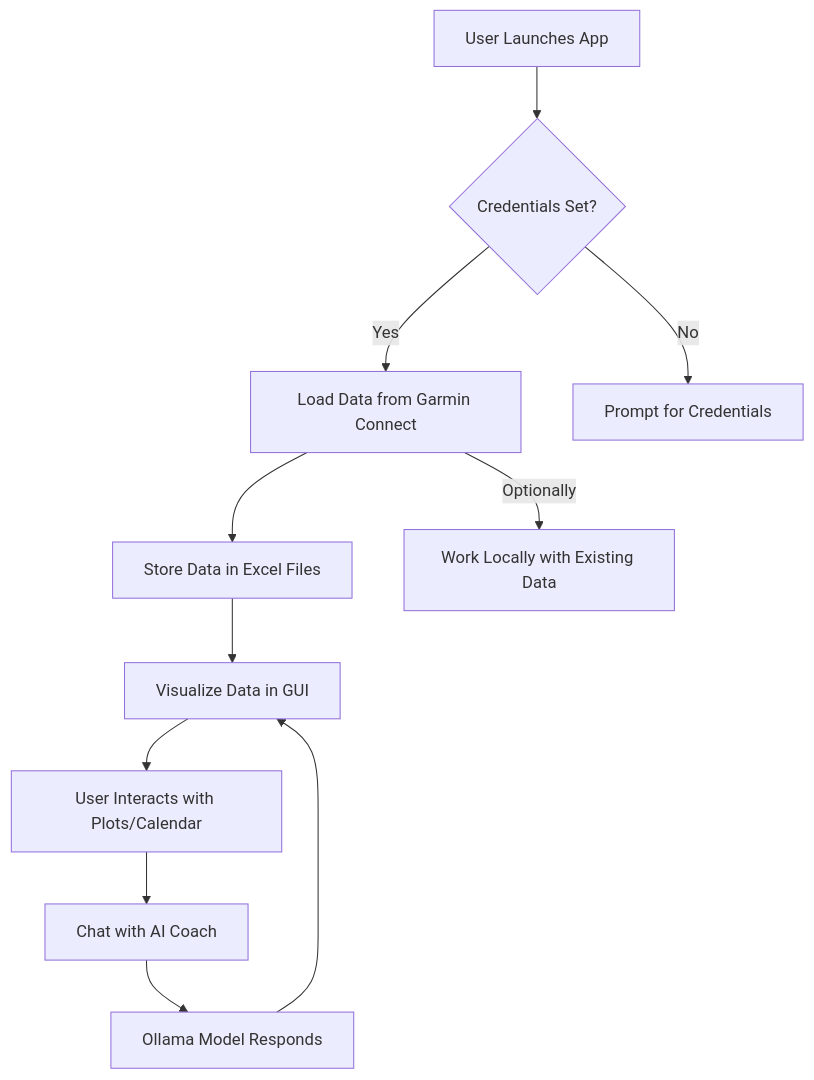
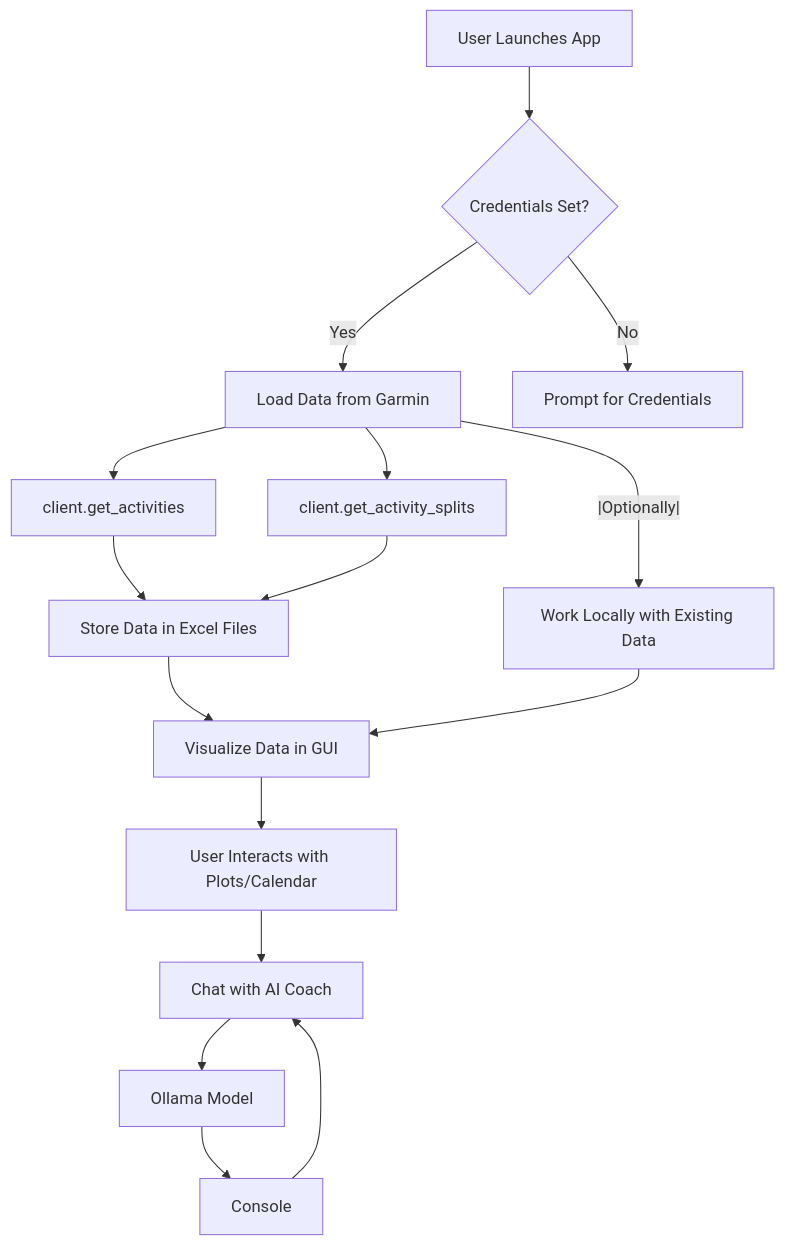
The diagram in readme.md (ryankari/Activity_Tracking), drawn with Mermaid before and after one commit. The commit also changed other lines of this file and 6 other files, not shown here.

````diff
--- a/readme.md
+++ b/readme.md
@@ -18,13 +31,18 @@
 ```mermaid
 flowchart TD
     A[User Launches App] --> B{Credentials Set?}
-    B -- Yes --> C[Load Data from Garmin Connect]
+    B -- Yes --> C[Load Data from Garmin]
     B -- No --> D[Prompt for Credentials]
-    C --> E[Store Data in Excel Files]
-    E --> F[Visualize Data in GUI]
+    C --> C1[client.get_activities]
+    C --> C2[client.get_activity_splits]
+    C1 --> EE[Store Data in Excel Files]
+    C2 --> EE
+    EE --> F[Visualize Data in GUI]
     F --> G[User Interacts with Plots/Calendar]
     G --> H[Chat with AI Coach]
-    H --> I[Ollama Model Responds]
-    I --> F
-    C -- Optionally --> J[Work Locally with Existing Data]
+    H --> I[Ollama Model]
+    I--> J[Console]
+    J--> H
+    C --|Optionally|--> K[Work Locally with Existing Data]
+    K --> F
 ```
````
